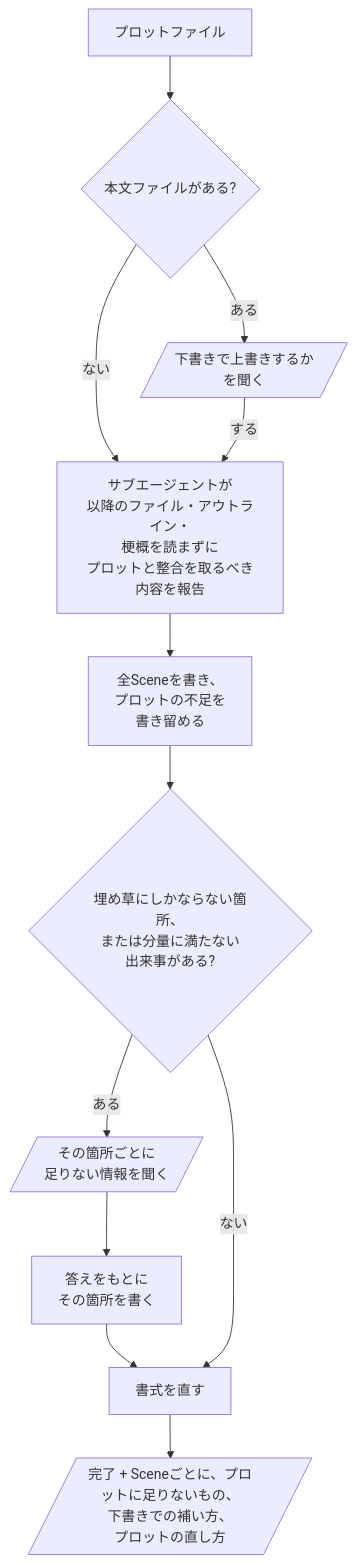
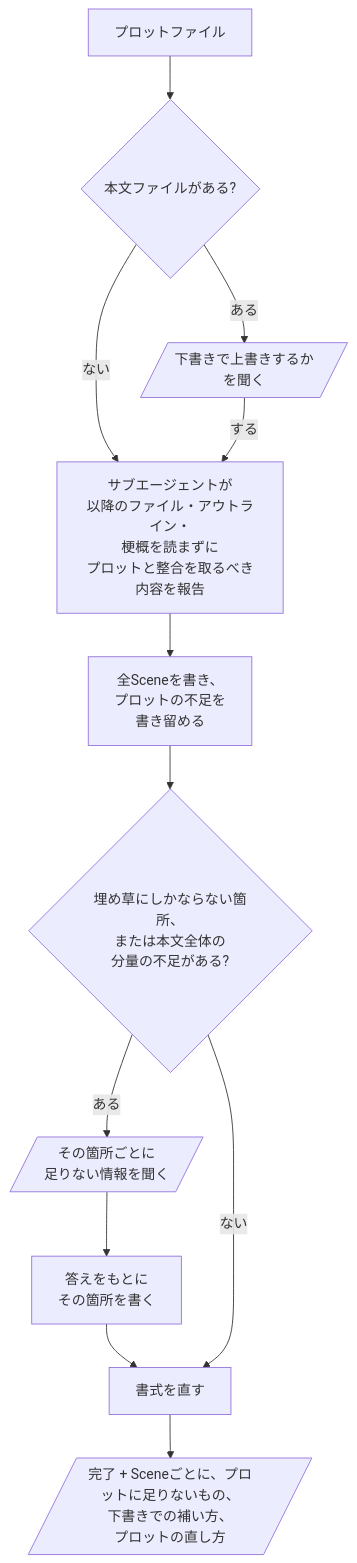
Before and after one commit to omni-stove/skill-kit: the diagram in domains/story/skills/draft/README.ja.md, drawn with Mermaid. The commit also changed 13 other files, not shown here.

````diff
--- a/domains/story/skills/draft/README.ja.md
+++ b/domains/story/skills/draft/README.ja.md
@@ -7,14 +7,14 @@
 ```mermaid
 flowchart TD
   input[プロットファイル] --> exists{本文ファイルがある?}
   exists -- "ある" --> ask[/下書きで上書きするか<br/>を聞く/]
   exists -- "ない" --> agent
   ask -- "する" --> agent[サブエージェントが<br/>以降のファイル・アウトライン・<br/>梗概を読まずに<br/>プロットと整合を取るべき<br/>内容を報告]
   agent --> write[全Sceneを書き、<br/>プロットの不足を<br/>書き留める]
-  write --> gap{埋め草にしかならない箇所、<br/>または分量に満たない<br/>出来事がある?}
+  write --> gap{埋め草にしかならない箇所、<br/>または本文全体の<br/>分量の不足がある?}
   gap -- "ある" --> need[/その箇所ごとに<br/>足りない情報を聞く/]
   need --> fill[答えをもとに<br/>その箇所を書く]
   fill --> format
   gap -- "ない" --> format[書式を直す]
   format --> done[/"完了 + Sceneごとに、プロットに足りないもの、<br/>下書きでの補い方、<br/>プロットの直し方"/]
 ```
````
